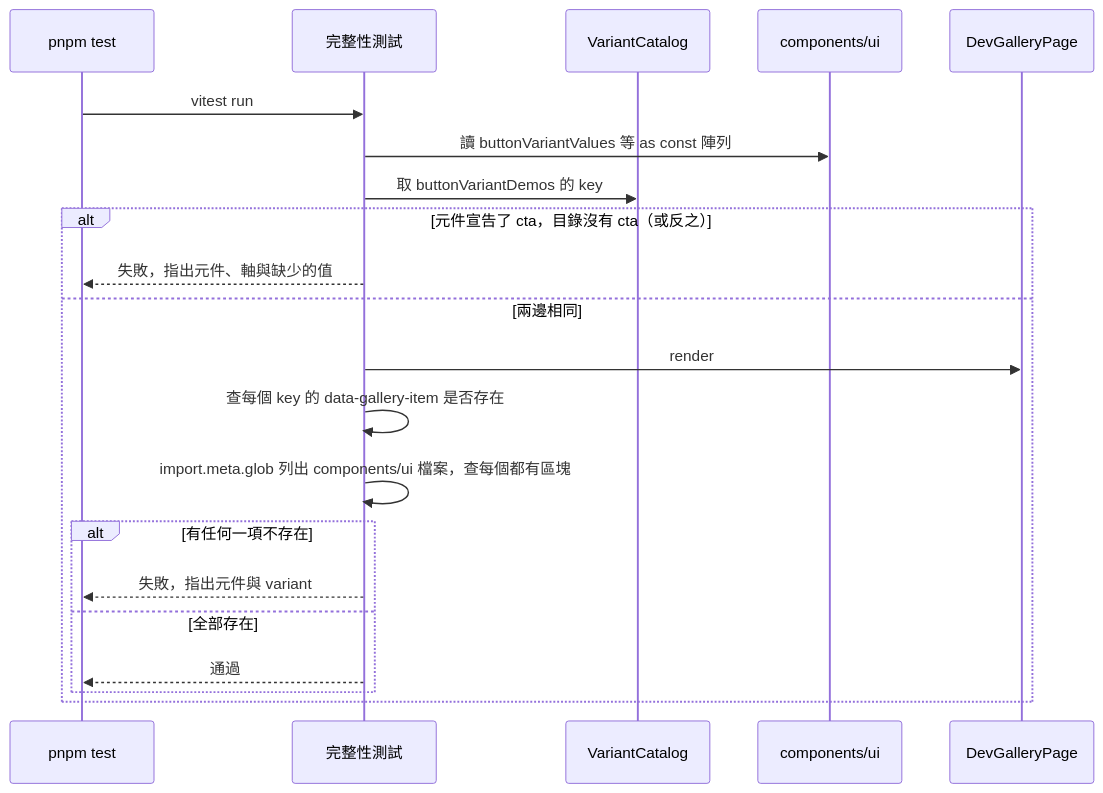
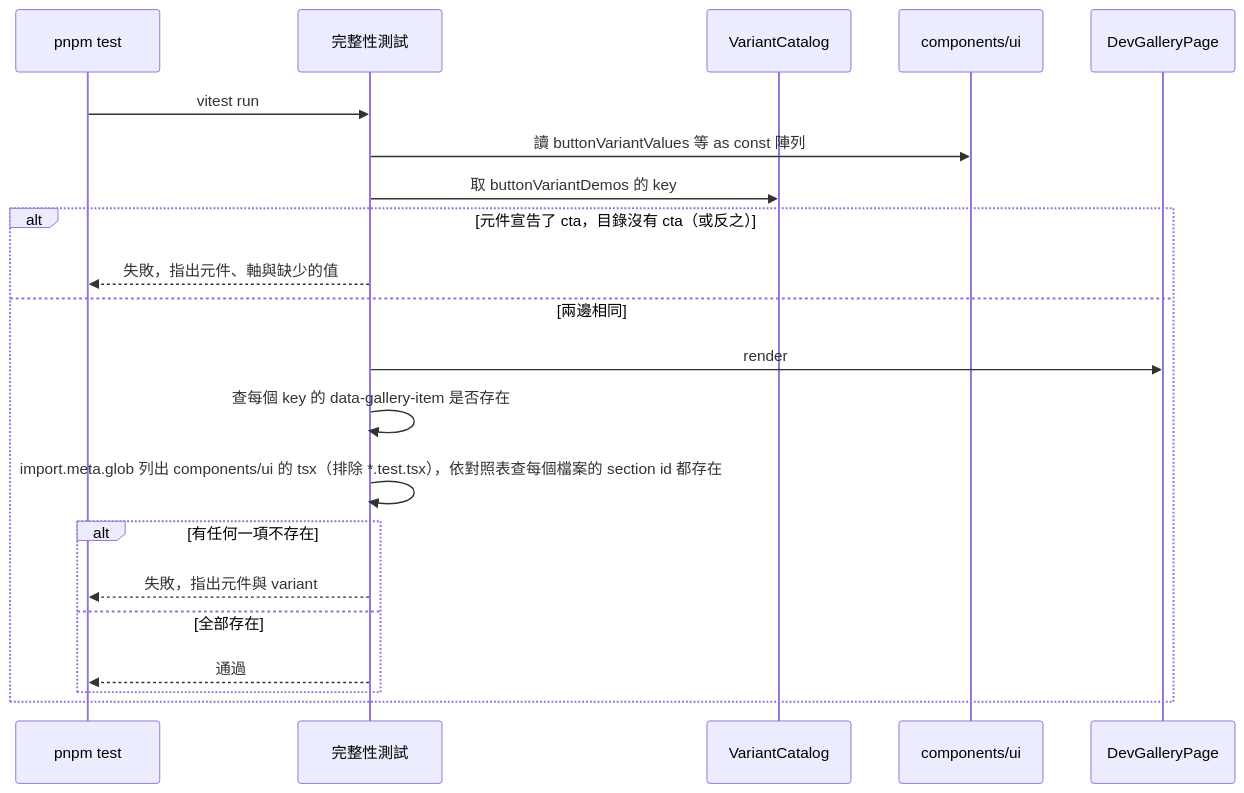
One commit to label-suite/label-suite changed diagram 13 of 14 in openspec/changes/frontend-skeleton/system-design.md. Above: the diagram before and after it, drawn with Mermaid. The commit also changed other lines of this file and 2 other files, not shown here.

````diff
--- a/openspec/changes/frontend-skeleton/system-design.md
+++ b/openspec/changes/frontend-skeleton/system-design.md
@@ -776,23 +817,23 @@
 ```mermaid
 sequenceDiagram
   participant Runner as pnpm test
   participant Test as 完整性測試
   participant Catalog as VariantCatalog
   participant Ui as components/ui
   participant Gallery as DevGalleryPage
   Runner->>Test: vitest run
   Test->>Ui: 讀 buttonVariantValues 等 as const 陣列
   Test->>Catalog: 取 buttonVariantDemos 的 key
   alt 元件宣告了 cta，目錄沒有 cta（或反之）
     Test-->>Runner: 失敗，指出元件、軸與缺少的值
   else 兩邊相同
     Test->>Gallery: render
     Test->>Test: 查每個 key 的 data-gallery-item 是否存在
-    Test->>Test: import.meta.glob 列出 components/ui 檔案，查每個都有區塊
+    Test->>Test: import.meta.glob 列出 components/ui 的 tsx（排除 *.test.tsx），依對照表查每個檔案的 section id 都存在
     alt 有任何一項不存在
       Test-->>Runner: 失敗，指出元件與 variant
     else 全部存在
       Test-->>Runner: 通過
     end
   end
 ```
````
